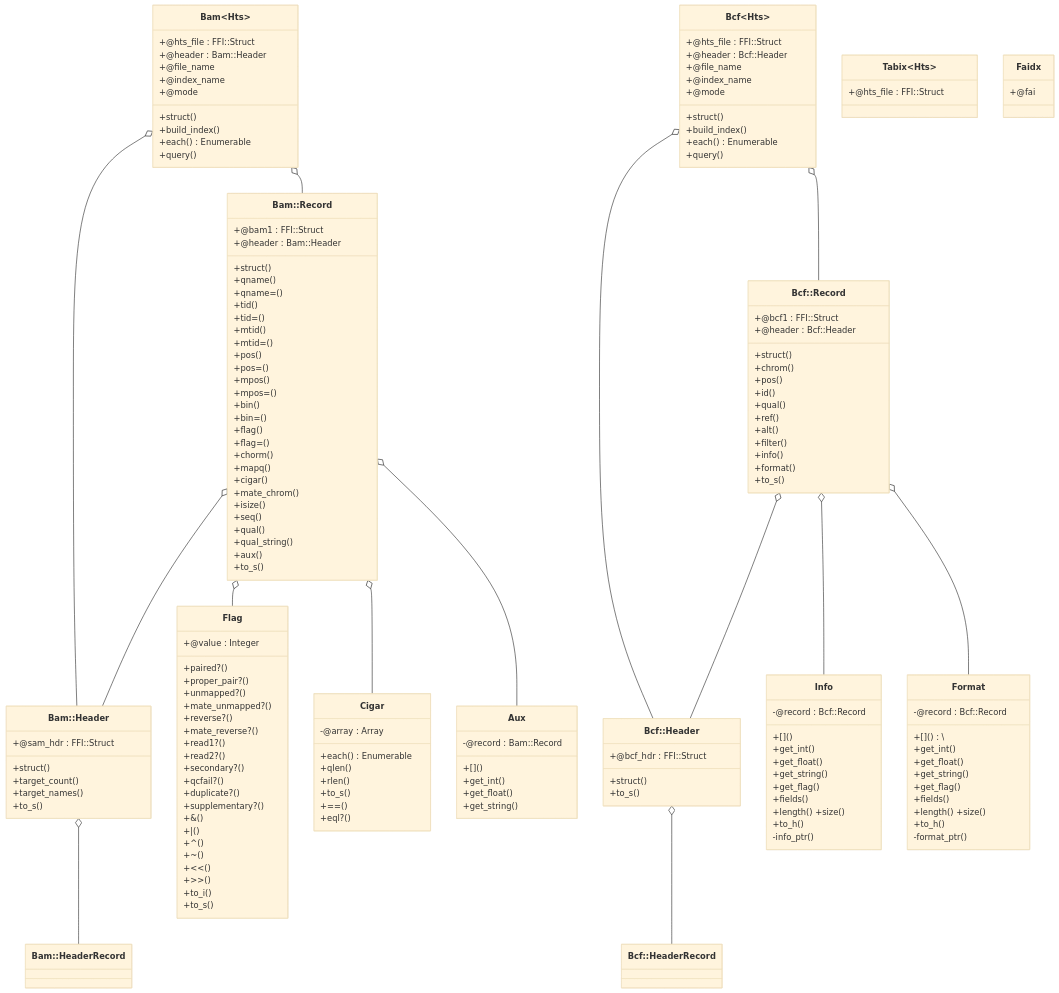
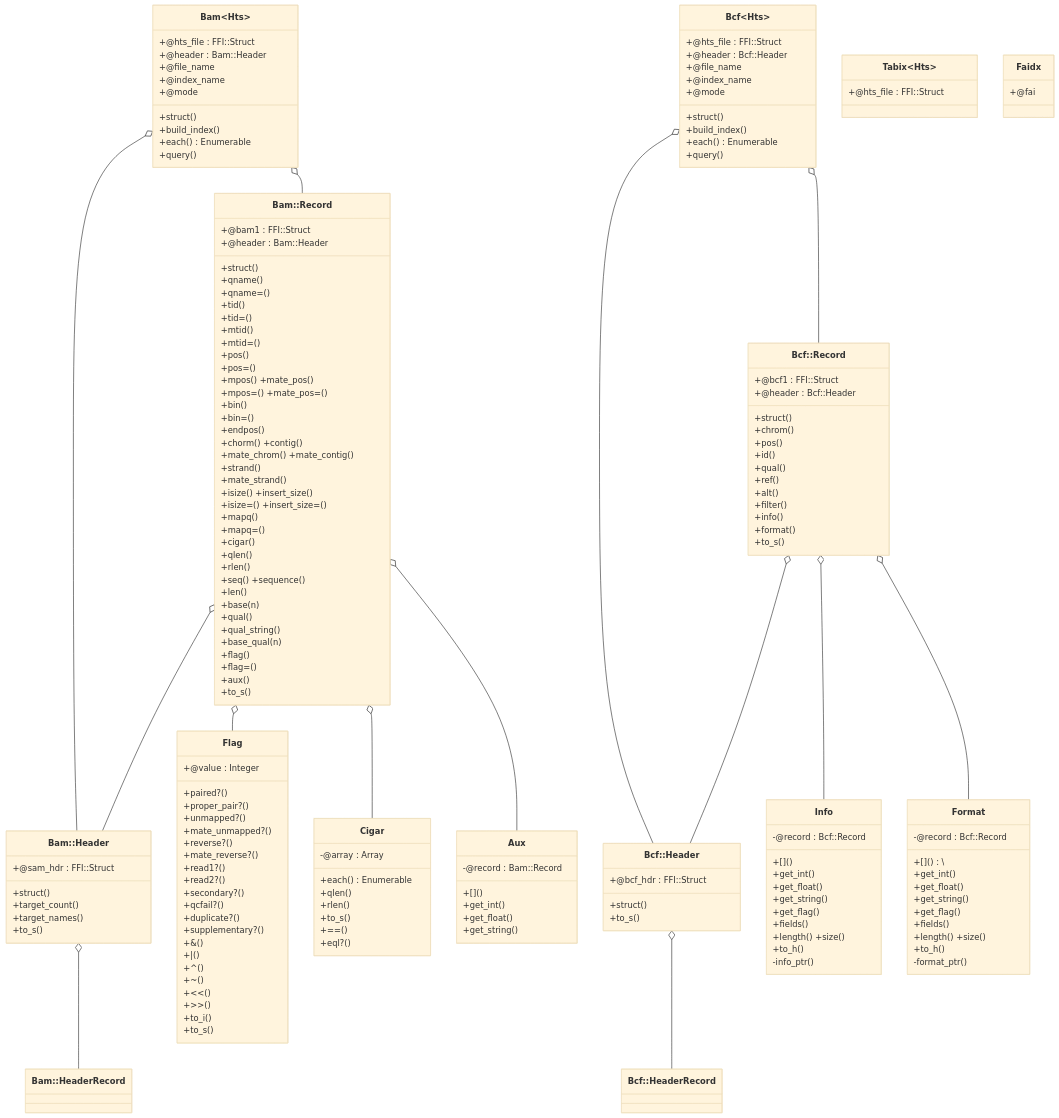
The diagram in TUTORIAL.md (kojix2/ruby-htslib), drawn with Mermaid before and after one commit.

```diff
--- a/TUTORIAL.md
+++ b/TUTORIAL.md
@@ -60,20 +60,30 @@
   +mtid=()
   +pos()
   +pos=()
-  +mpos()
-  +mpos=()
+  +mpos() +mate_pos()
+  +mpos=() +mate_pos=()
   +bin()
   +bin=()
+  +endpos()
+  +chorm() +contig()
+  +mate_chrom() +mate_contig()
+  +strand()
+  +mate_strand()
+  +isize() +insert_size()
+  +isize=() +insert_size=()
+  +mapq()
+  +mapq=()
+  +cigar()
+  +qlen()
+  +rlen()
+  +seq() +sequence()
+  +len()
+  +base(n)
+  +qual()
+  +qual_string()
+  +base_qual(n)
   +flag()
   +flag=()
-  +chorm()
-  +mapq()
-  +cigar()
-  +mate_chrom()
-  +isize()
-  +seq()
-  +qual()
-  +qual_string()
   +aux()
   +to_s()
 }
```
